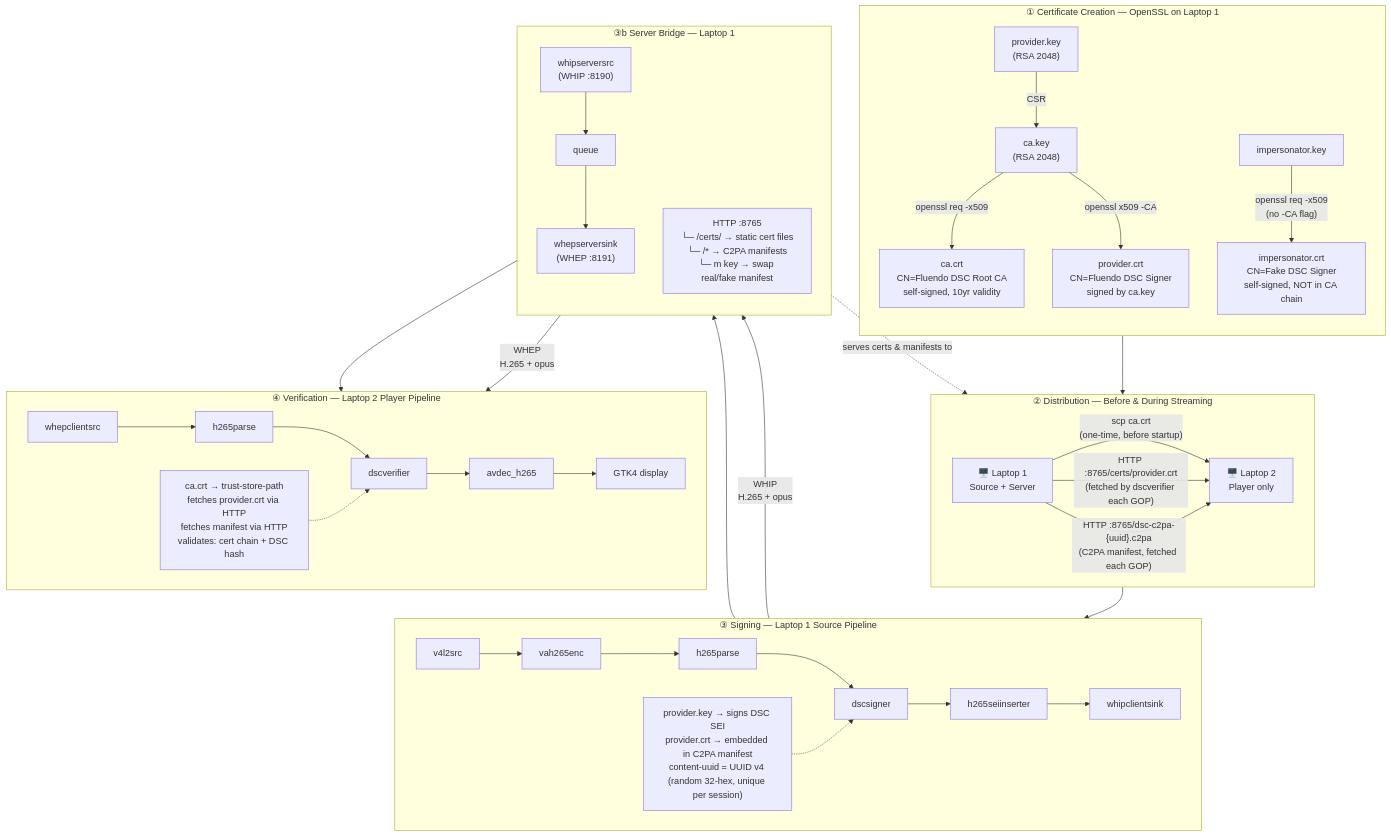
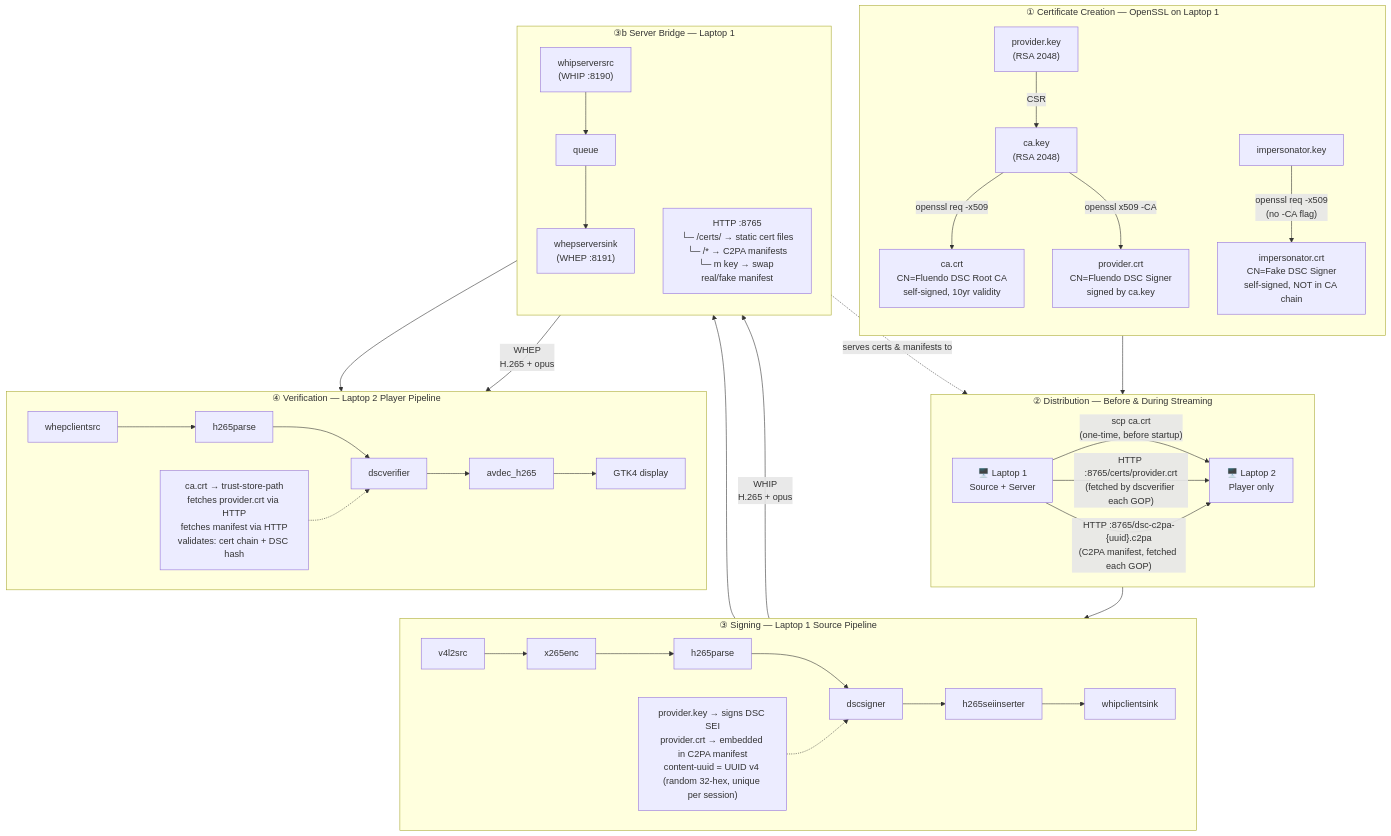
Before and after one commit to fluendo/c2pa-dsc-demo: the first of 4 diagrams in README.md, drawn with Mermaid. The commit also changed other lines of this file and 16 other files, not shown here.

````diff
--- a/README.md
+++ b/README.md
@@ -188,54 +357,54 @@
 ```mermaid
 flowchart TB
     subgraph CREATE["① Certificate Creation — OpenSSL on Laptop 1"]
         direction TB
         CA_KEY["ca.key<br/>(RSA 2048)"]
         CA_CERT["ca.crt<br/>CN=Fluendo DSC Root CA<br/>self-signed, 10yr validity"]
         PROV_KEY["provider.key<br/>(RSA 2048)"]
         PROV_CERT["provider.crt<br/>CN=Fluendo DSC Signer<br/>signed by ca.key"]
         IMP_KEY["impersonator.key"]
         IMP_CERT["impersonator.crt<br/>CN=Fake DSC Signer<br/>self-signed, NOT in CA chain"]
 
         CA_KEY -->|"openssl req -x509"| CA_CERT
         PROV_KEY -->|"CSR"| CA_KEY
         CA_KEY -->|"openssl x509 -CA"| PROV_CERT
         IMP_KEY -->|"openssl req -x509<br/>(no -CA flag)"| IMP_CERT
     end
 
     subgraph DIST["② Distribution — Before & During Streaming"]
         direction LR
         L1["🖥️ Laptop 1<br/>Source + Server"]
         L2["🖥️ Laptop 2<br/>Player only"]
 
         L1 -->|"scp ca.crt<br/>(one-time, before startup)"| L2
         L1 -->|"HTTP :8765/certs/provider.crt<br/>(fetched by dscverifier each GOP)"| L2
         L1 -->|"HTTP :8765/dsc-c2pa-{uuid}.c2pa<br/>(C2PA manifest, fetched each GOP)"| L2
     end
 
     subgraph SIGN["③ Signing — Laptop 1 Source Pipeline"]
         direction LR
-        CAM["v4l2src"] --> ENC["vah265enc"] --> PARSE["h265parse"] --> DSC["dscsigner"]
+        CAM["v4l2src"] --> ENC["x265enc"] --> PARSE["h265parse"] --> DSC["dscsigner"]
         DSC --> SEI["h265seiinserter"] --> WHIP_SINK["whipclientsink"]
         CERTS1["provider.key → signs DSC SEI<br/>provider.crt → embedded in C2PA manifest<br/>content-uuid = UUID v4 (random 32-hex, unique per session)"]
         CERTS1 -.-> DSC
     end
 
     subgraph BRIDGE["③b Server Bridge — Laptop 1"]
         direction TB
         WHIP_SRC["whipserversrc<br/>(WHIP :8190)"] --> QVID["queue"] --> WHEP_SINK["whepserversink<br/>(WHEP :8191)"]
         HTTP["HTTP :8765<br/>└─ /certs/ → static cert files<br/>└─ /* → C2PA manifests<br/>└─ m key → swap real/fake manifest"]
         HTTP -.->|"serves certs & manifests to"| L2
     end
 
     subgraph VERIFY["④ Verification — Laptop 2 Player Pipeline"]
         direction LR
         WHEP["whepclientsrc"] --> HPARSE["h265parse"] --> DSCV["dscverifier"]
         DSCV --> DEC["avdec_h265"] --> DISP["GTK4 display"]
         CERTS2["ca.crt → trust-store-path<br/>fetches provider.crt via HTTP<br/>fetches manifest via HTTP<br/>validates: cert chain + DSC hash"]
         CERTS2 -.-> DSCV
     end
 
     WHIP_SINK -->|"WHIP<br/>H.265 + opus"| WHIP_SRC
     WHEP_SINK -->|"WHEP<br/>H.265 + opus"| WHEP
     CREATE --> DIST --> SIGN --> BRIDGE --> VERIFY
 ```
````
